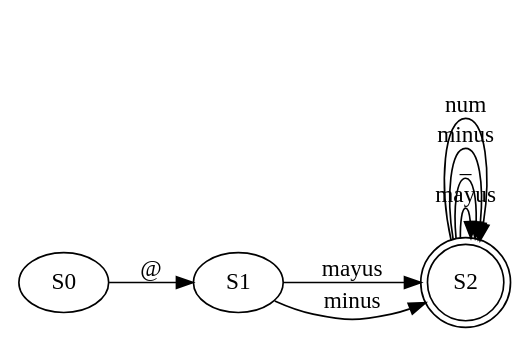
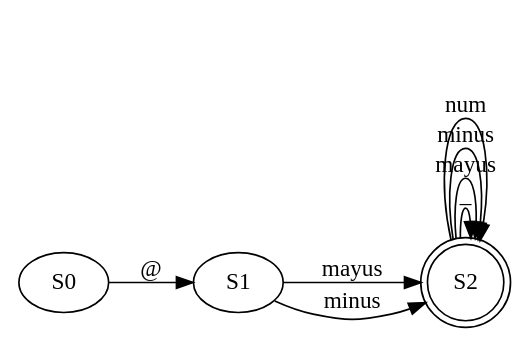
Before and after one commit to JeffMendez/OCL_Proyecto1_201901557: the diagram in Regexive/archivos/AFD_201901557/igusername.dot, drawn with Graphviz. The commit also changed 114 other files, not shown here.

```diff
--- a/Regexive/archivos/AFD_201901557/igusername.dot
+++ b/Regexive/archivos/AFD_201901557/igusername.dot
@@ -1,4 +1,4 @@
 digraph G {
 	rankdir=LR
-	S0 -> S1 [label="@"]	S1 -> S2 [label="mayus"]	S1 -> S2 [label="minus"]	S2 [shape="doublecircle"]	S2 -> S2 [label="mayus"]	S2 -> S2 [label="_"]	S2 -> S2 [label="minus"]	S2 -> S2 [label="num"]
+	S0 -> S1 [label="@"]	S1 -> S2 [label="mayus"]	S1 -> S2 [label="minus"]	S2 [shape="doublecircle"]	S2 -> S2 [label="_"]	S2 -> S2 [label="mayus"]	S2 -> S2 [label="minus"]	S2 -> S2 [label="num"]
 }
```
